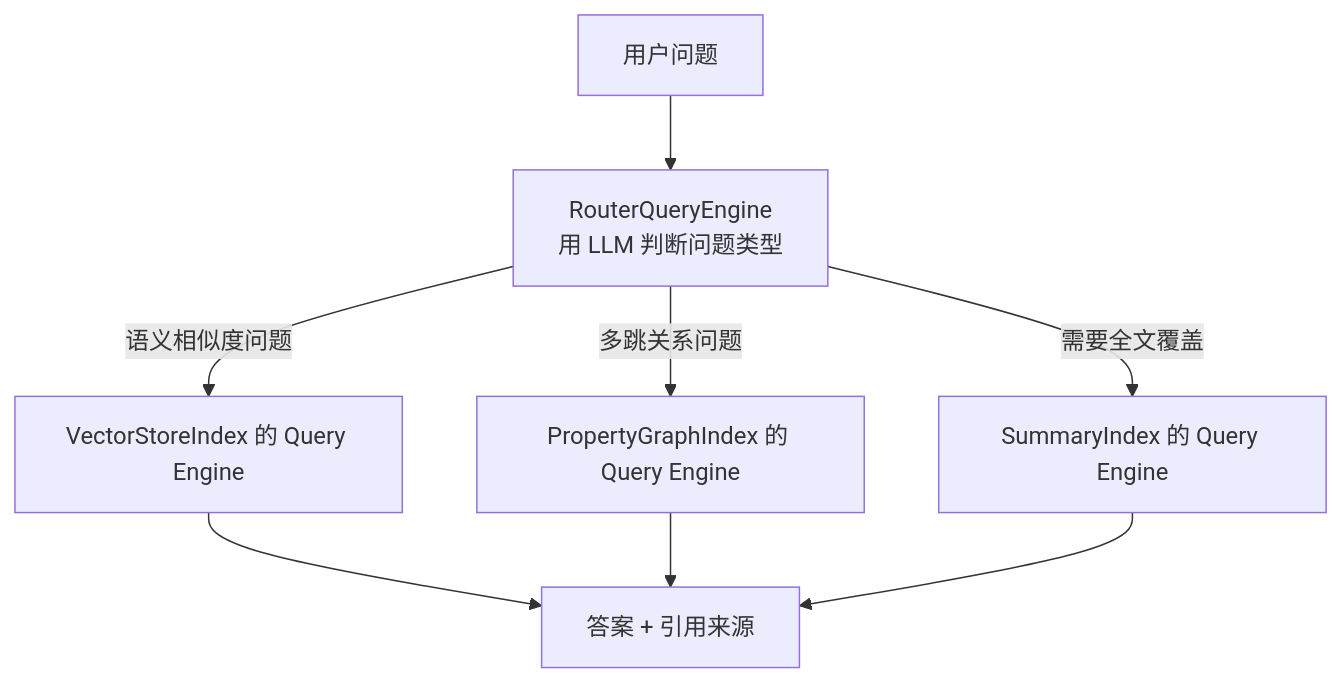
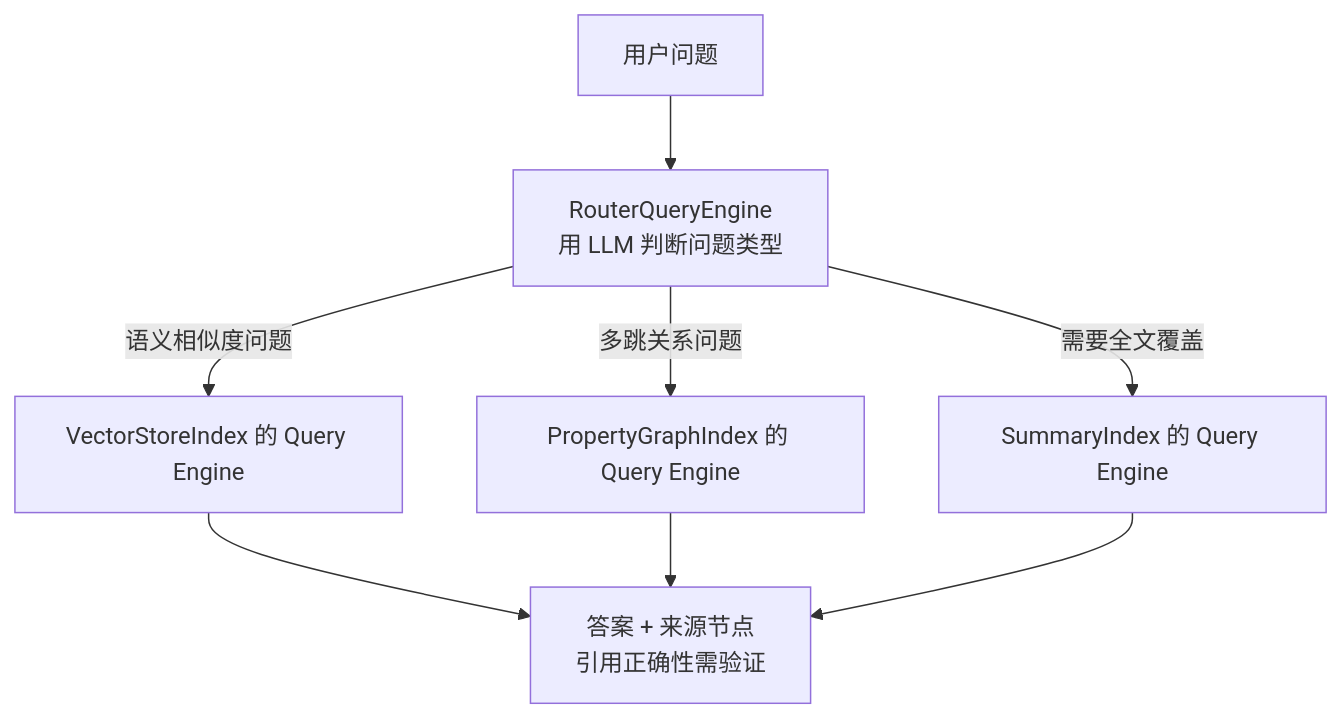
The first of 2 diagrams in docs/frameworks/02-llamaindex/15-query-engine-workflows.md (oneleaveknowsthefall/awesome-ai-roadmap), drawn with Mermaid before and after one commit. The commit also changed other lines of this file and 61 other files, not shown here.

````diff
--- a/docs/frameworks/02-llamaindex/15-query-engine-workflows.md
+++ b/docs/frameworks/02-llamaindex/15-query-engine-workflows.md
@@ -14,10 +18,10 @@
 ```mermaid
 flowchart TB
     Q["用户问题"] --> R["RouterQueryEngine<br/>用 LLM 判断问题类型"]
     R -->|"语义相似度问题"| V["VectorStoreIndex 的 Query Engine"]
     R -->|"多跳关系问题"| P["PropertyGraphIndex 的 Query Engine"]
     R -->|"需要全文覆盖"| S["SummaryIndex 的 Query Engine"]
-    V --> A["答案 + 引用来源"]
+    V --> A["答案 + 来源节点<br/>引用正确性需验证"]
     P --> A
     S --> A
 ```
````
